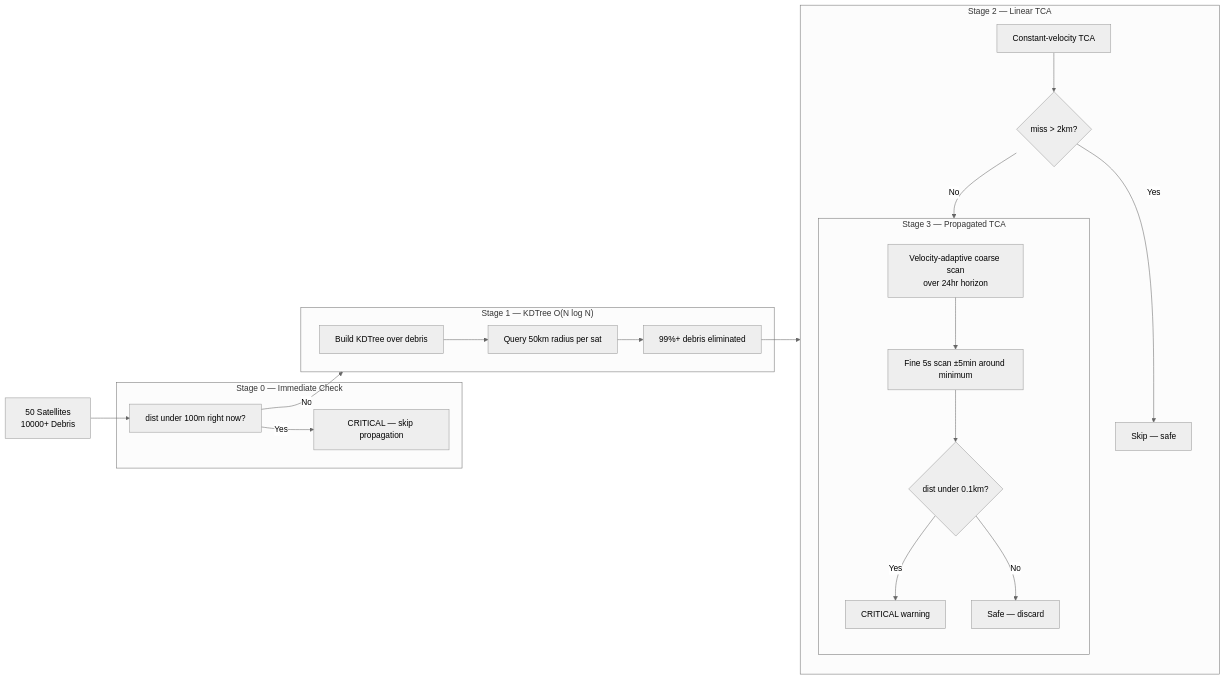
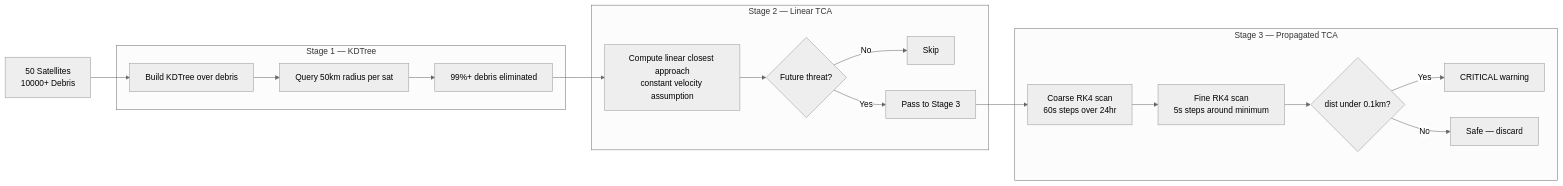
Before and after one commit to mercer6969/acm-project: the fourth of 8 diagrams in README.md, drawn with Mermaid (neutral theme). The commit also changed other lines of this file, not shown here.

````diff
--- a/README.md
+++ b/README.md
@@ -149,34 +141,29 @@
 ```mermaid
 flowchart LR
     A[50 Satellites\n10000+ Debris] --> B
 
-    subgraph S0["Stage 0 — Immediate Check"]
-        B[dist under 100m right now?]
-        B -->|Yes| CRIT[CRITICAL — skip propagation]
+    subgraph S1["Stage 1 — KDTree"]
+        B[Build KDTree over debris]
+        B --> C[Query 50km radius per sat]
+        C --> D[99%+ debris eliminated]
     end
 
-    B -->|No| S1
+    D --> E
 
-    subgraph S1["Stage 1 — KDTree O(N log N)"]
-        S1A[Build KDTree over debris]
-        S1A --> S1B[Query 50km radius per sat]
-        S1B --> S1C[99%+ debris eliminated]
+    subgraph S2["Stage 2 — Linear TCA"]
+        E[Compute linear closest approach\nconstant velocity assumption]
+        E --> F{Future threat?}
+        F -->|No| G[Skip]
+        F -->|Yes| H[Pass to Stage 3]
     end
 
-    S1C --> S2
-
-    subgraph S2["Stage 2 — Linear TCA"]
-        S2A[Constant-velocity TCA]
-        S2A --> S2B{miss > 2km?}
-        S2B -->|Yes| SKIP[Skip — safe]
-        S2B -->|No| S3
-    end
+    H --> I
 
     subgraph S3["Stage 3 — Propagated TCA"]
-        S3A[Velocity-adaptive coarse scan\nover 24hr horizon]
-        S3A --> S3B[Fine 5s scan ±5min around minimum]
-        S3B --> S3C{dist under 0.1km?}
-        S3C -->|Yes| L[CRITICAL warning]
-        S3C -->|No| M[Safe — discard]
+        I[Coarse RK4 scan\n60s steps over 24hr]
+        I --> J[Fine RK4 scan\n5s steps around minimum]
+        J --> K{dist under 0.1km?}
+        K -->|Yes| L[CRITICAL warning]
+        K -->|No| M[Safe — discard]
     end
 ```
````
